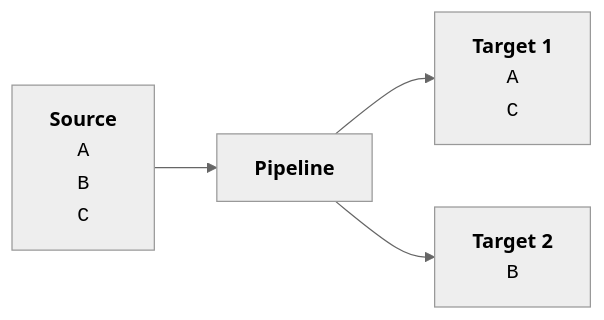
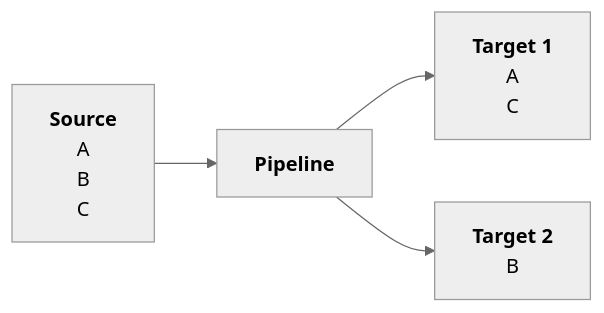
The third of 5 diagrams in docs/admin/pipelines/overview.mdx (VirtualMetric/virtualmetric-docs), drawn with Mermaid (neutral theme) before and after one commit. The commit also changed other lines of this file and 8 other files, not shown here.

````diff
--- a/docs/admin/pipelines/overview.mdx
+++ b/docs/admin/pipelines/overview.mdx
@@ -56,21 +62,21 @@
 ```mermaid
-%%{init: {"flowchart": {"htmlLabels": false}} }%%
+%%{init: {"flowchart": {"htmlLabels": false}}}%%
 flowchart LR
 	sourceBox["`**Source**
-    <code>A</code>
-    <code>B</code>
-    <code>C</code>
+    A
+    B
+    C
   `"]
  	pipelineBox["`**Pipeline**`"]
 	target1Box["`**Target 1**
-    <code>A</code>
-    <code>C</code>
+    A
+    C
   `"]
 	target2Box["`**Target 2**
-    <code>B</code>
+    B
   `"]
 	sourceBox --> pipelineBox;
   pipelineBox --> target1Box;
   pipelineBox --> target2Box;
 
 ```
````
